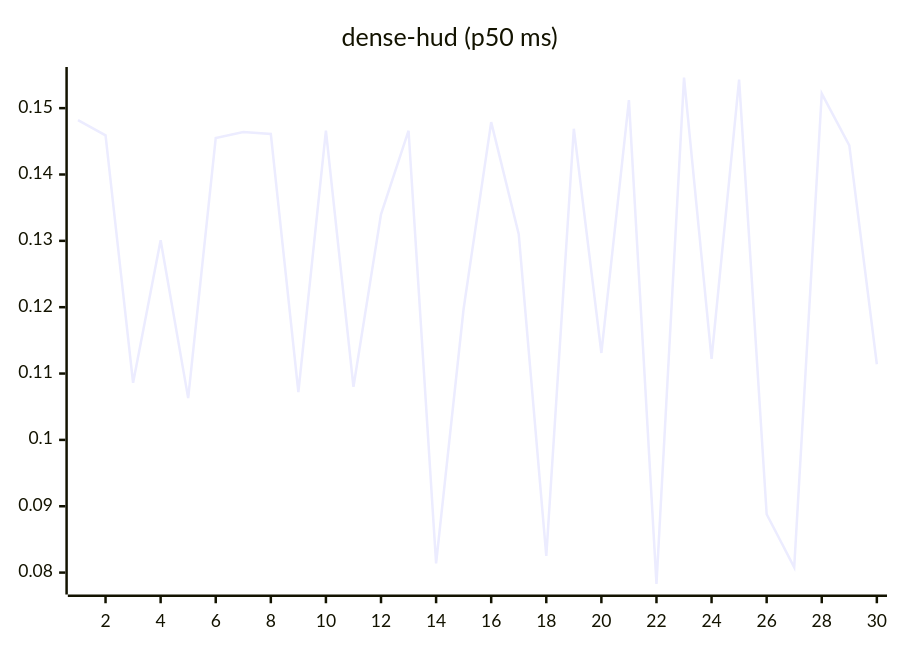
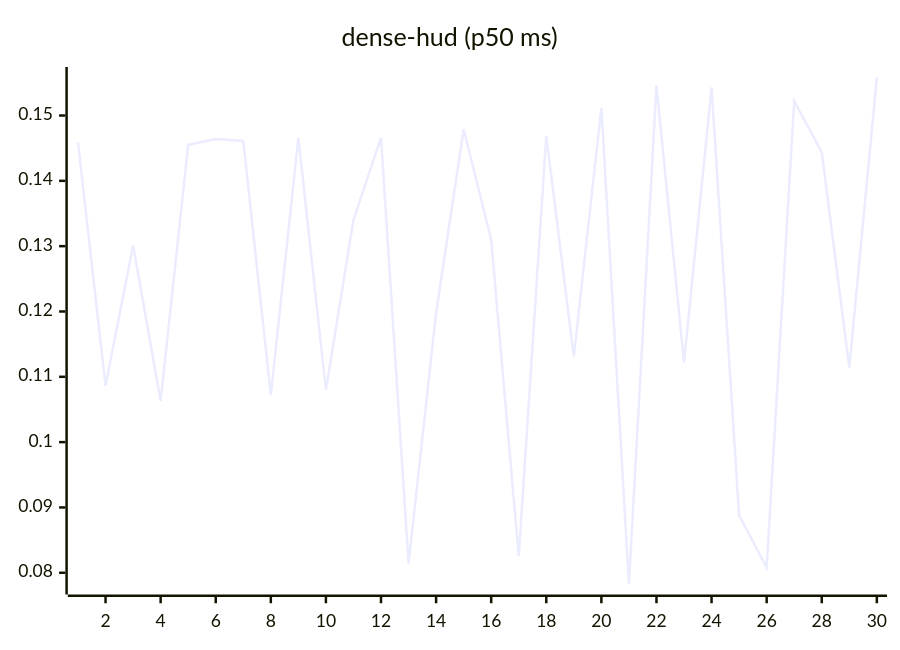
Before and after one commit to josha/Facet: the eighth of 27 diagrams in README.md, drawn with Mermaid. The commit also changed other lines of this file and 2 other files, not shown here.

````diff
--- a/README.md
+++ b/README.md
@@ -112,6 +112,6 @@
 ```mermaid
 xychart-beta
     title "dense-hud (p50 ms)"
     x-axis 1 --> 30
-    line [0.1482, 0.1459, 0.1086, 0.1301, 0.1063, 0.1455, 0.1464, 0.1461, 0.1072, 0.1466, 0.1080, 0.1340, 0.1466, 0.0814, 0.1198, 0.1479, 0.1310, 0.0825, 0.1469, 0.1131, 0.1512, 0.0783, 0.1546, 0.1122, 0.1543, 0.0888, 0.0808, 0.1522, 0.1444, 0.1114]
+    line [0.1459, 0.1086, 0.1301, 0.1063, 0.1455, 0.1464, 0.1461, 0.1072, 0.1466, 0.1080, 0.1340, 0.1466, 0.0814, 0.1198, 0.1479, 0.1310, 0.0825, 0.1469, 0.1131, 0.1512, 0.0783, 0.1546, 0.1122, 0.1543, 0.0888, 0.0808, 0.1522, 0.1444, 0.1114, 0.1558]
 ```
````
